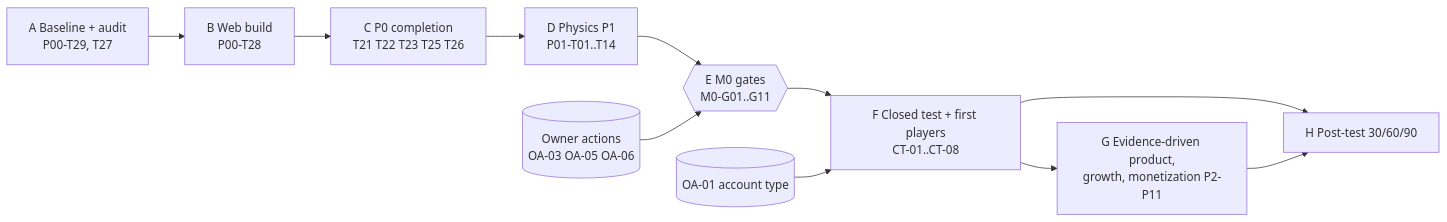
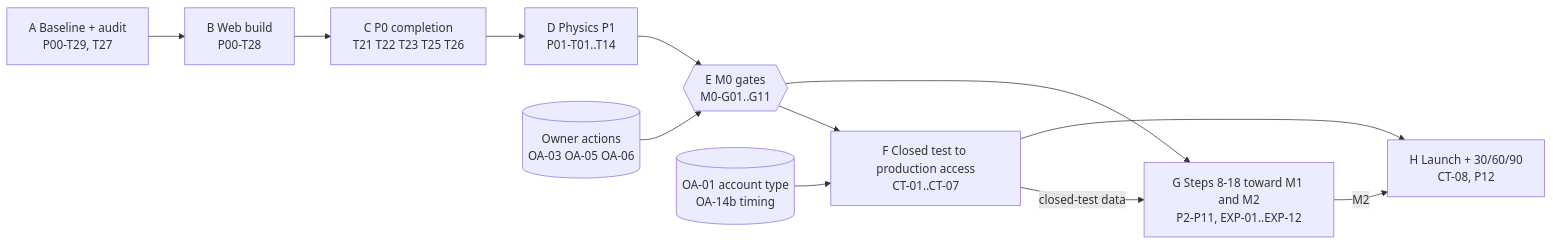
One commit to taysh123/Gravity-Game changed the diagram in docs/roadmap/MASTER-ROADMAP.md. Above: the diagram before and after it, drawn with Mermaid. The commit also changed other lines of this file and 9 other files, not shown here.

````diff
--- a/docs/roadmap/MASTER-ROADMAP.md
+++ b/docs/roadmap/MASTER-ROADMAP.md
@@ -387,13 +387,14 @@
 ```mermaid
 flowchart LR
   A[A Baseline + audit<br>P00-T29, T27] --> B[B Web build<br>P00-T28]
   B --> C[C P0 completion<br>T21 T22 T23 T25 T26]
   C --> D[D Physics P1<br>P01-T01..T14]
   D --> E{{E M0 gates<br>M0-G01..G11}}
   OA[(Owner actions<br>OA-03 OA-05 OA-06)] --> E
-  E --> F[F Closed test + first players<br>CT-01..CT-08]
-  OA1[(OA-01 account type)] --> F
-  F --> G[G Evidence-driven product,<br>growth, monetization P2-P11]
-  F --> H[H Post-test 30/60/90]
-  G --> H
+  E --> F[F Closed test to production access<br>CT-01..CT-07]
+  OA1[(OA-01 account type<br>OA-14b timing)] --> F
+  E --> G[G Steps 8-18 toward M1 and M2<br>P2-P11, EXP-01..EXP-12]
+  F -- closed-test data --> G
+  F --> H[H Launch + 30/60/90<br>CT-08, P12]
+  G -- M2 --> H
 ```
````
